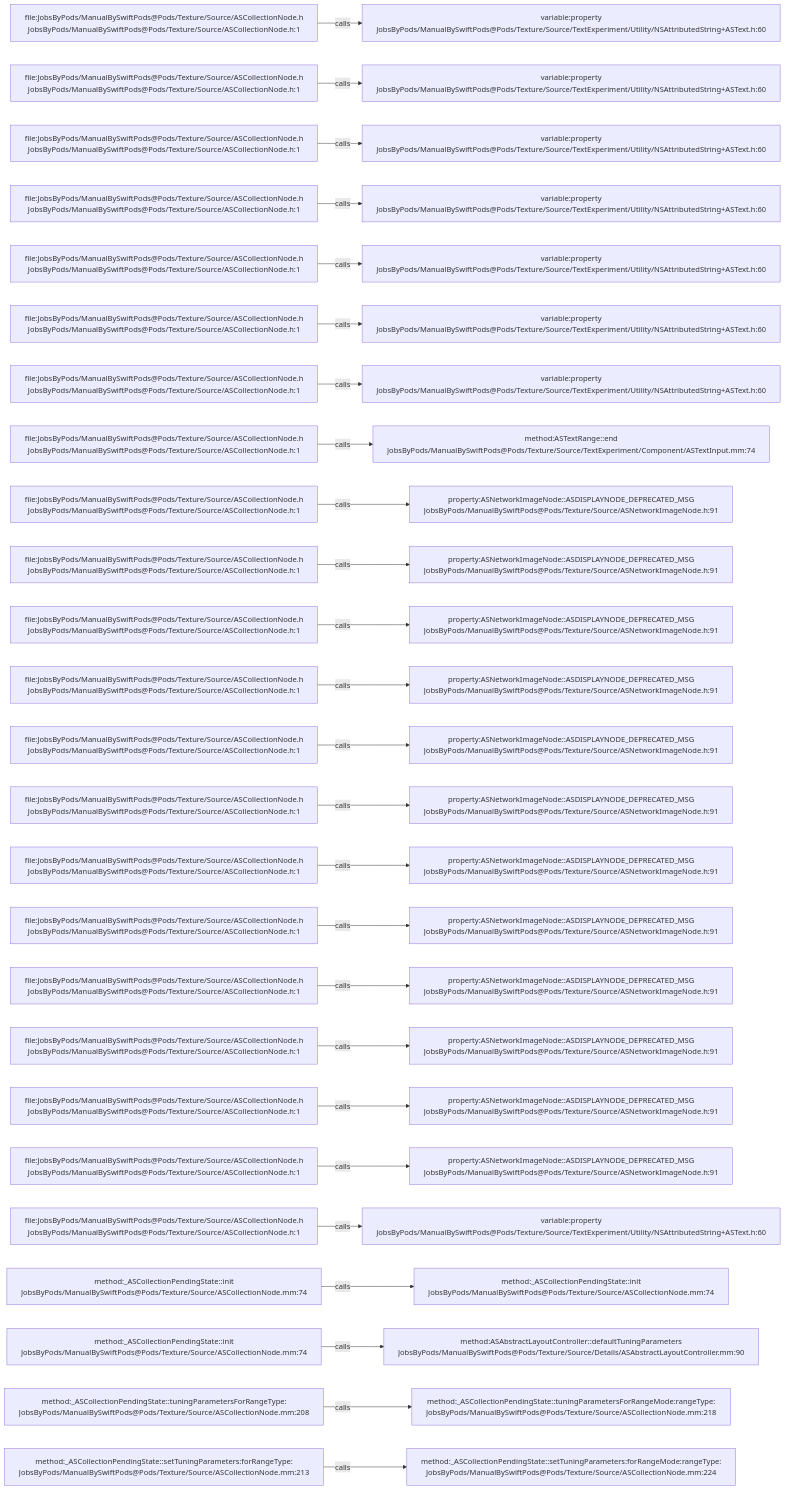
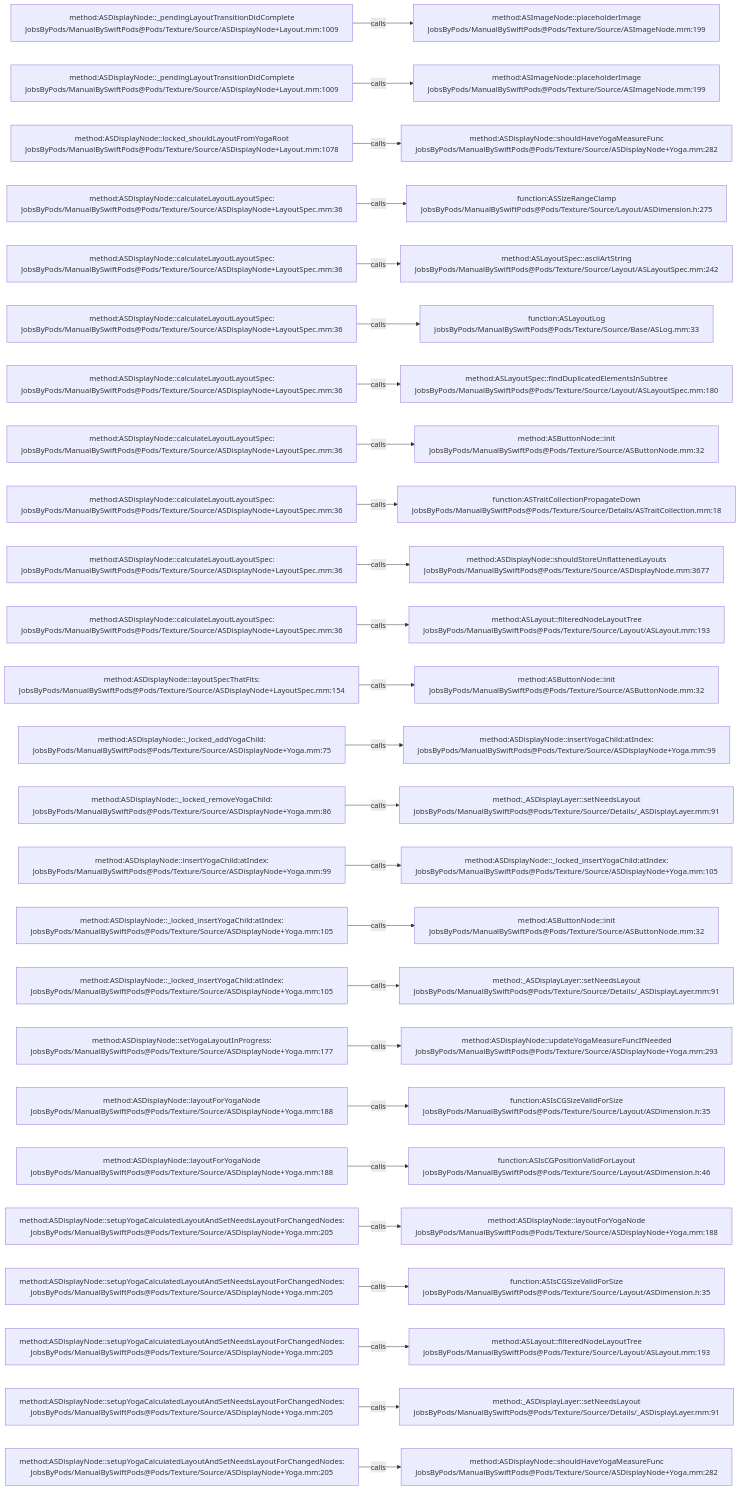
One commit to JobsKits/JobsSwiftBaseConfigDemo changed the diagram in .codegraph/codegraph.md/graphs/calls-025.md. Above: the diagram before and after it, drawn with Mermaid. The commit also changed 832 other files, not shown here.

````diff
--- a/.codegraph/codegraph.md/graphs/calls-025.md
+++ b/.codegraph/codegraph.md/graphs/calls-025.md
@@ -13,78 +13,78 @@
 ```mermaid
 flowchart LR
-  S1["file:JobsByPods/ManualBySwiftPods@Pods/Texture/Source/ASCollectionNode.h<br/>JobsByPods/ManualBySwiftPods@Pods/Texture/Source/ASCollectionNode.h:1"]
-  T1["variable:property<br/>JobsByPods/ManualBySwiftPods@Pods/Texture/Source/TextExperiment/Utility/NSAttributedString+ASText.h:60"]
+  S1["method:ASDisplayNode::_pendingLayoutTransitionDidComplete<br/>JobsByPods/ManualBySwiftPods@Pods/Texture/Source/ASDisplayNode+Layout.mm:1009"]
+  T1["method:ASImageNode::placeholderImage<br/>JobsByPods/ManualBySwiftPods@Pods/Texture/Source/ASImageNode.mm:199"]
   S1 -->|calls| T1
-  S2["file:JobsByPods/ManualBySwiftPods@Pods/Texture/Source/ASCollectionNode.h<br/>JobsByPods/ManualBySwiftPods@Pods/Texture/Source/ASCollectionNode.h:1"]
-  T2["variable:property<br/>JobsByPods/ManualBySwiftPods@Pods/Texture/Source/TextExperiment/Utility/NSAttributedString+ASText.h:60"]
+  S2["method:ASDisplayNode::_pendingLayoutTransitionDidComplete<br/>JobsByPods/ManualBySwiftPods@Pods/Texture/Source/ASDisplayNode+Layout.mm:1009"]
+  T2["method:ASImageNode::placeholderImage<br/>JobsByPods/ManualBySwiftPods@Pods/Texture/Source/ASImageNode.mm:199"]
   S2 -->|calls| T2
-  S3["file:JobsByPods/ManualBySwiftPods@Pods/Texture/Source/ASCollectionNode.h<br/>JobsByPods/ManualBySwiftPods@Pods/Texture/Source/ASCollectionNode.h:1"]
-  T3["variable:property<br/>JobsByPods/ManualBySwiftPods@Pods/Texture/Source/TextExperiment/Utility/NSAttributedString+ASText.h:60"]
+  S3["method:ASDisplayNode::locked_shouldLayoutFromYogaRoot<br/>JobsByPods/ManualBySwiftPods@Pods/Texture/Source/ASDisplayNode+Layout.mm:1078"]
+  T3["method:ASDisplayNode::shouldHaveYogaMeasureFunc<br/>JobsByPods/ManualBySwiftPods@Pods/Texture/Source/ASDisplayNode+Yoga.mm:282"]
   S3 -->|calls| T3
-  S4["file:JobsByPods/ManualBySwiftPods@Pods/Texture/Source/ASCollectionNode.h<br/>JobsByPods/ManualBySwiftPods@Pods/Texture/Source/ASCollectionNode.h:1"]
-  T4["variable:property<br/>JobsByPods/ManualBySwiftPods@Pods/Texture/Source/TextExperiment/Utility/NSAttributedString+ASText.h:60"]
+  S4["method:ASDisplayNode::calculateLayoutLayoutSpec:<br/>JobsByPods/ManualBySwiftPods@Pods/Texture/Source/ASDisplayNode+LayoutSpec.mm:36"]
+  T4["function:ASSizeRangeClamp<br/>JobsByPods/ManualBySwiftPods@Pods/Texture/Source/Layout/ASDimension.h:275"]
   S4 -->|calls| T4
-  S5["file:JobsByPods/ManualBySwiftPods@Pods/Texture/Source/ASCollectionNode.h<br/>JobsByPods/ManualBySwiftPods@Pods/Texture/Source/ASCollectionNode.h:1"]
-  T5["variable:property<br/>JobsByPods/ManualBySwiftPods@Pods/Texture/Source/TextExperiment/Utility/NSAttributedString+ASText.h:60"]
+  S5["method:ASDisplayNode::calculateLayoutLayoutSpec:<br/>JobsByPods/ManualBySwiftPods@Pods/Texture/Source/ASDisplayNode+LayoutSpec.mm:36"]
+  T5["method:ASLayoutSpec::asciiArtString<br/>JobsByPods/ManualBySwiftPods@Pods/Texture/Source/Layout/ASLayoutSpec.mm:242"]
   S5 -->|calls| T5
-  S6["file:JobsByPods/ManualBySwiftPods@Pods/Texture/Source/ASCollectionNode.h<br/>JobsByPods/ManualBySwiftPods@Pods/Texture/Source/ASCollectionNode.h:1"]
-  T6["variable:property<br/>JobsByPods/ManualBySwiftPods@Pods/Texture/Source/TextExperiment/Utility/NSAttributedString+ASText.h:60"]
+  S6["method:ASDisplayNode::calculateLayoutLayoutSpec:<br/>JobsByPods/ManualBySwiftPods@Pods/Texture/Source/ASDisplayNode+LayoutSpec.mm:36"]
+  T6["function:ASLayoutLog<br/>JobsByPods/ManualBySwiftPods@Pods/Texture/Source/Base/ASLog.mm:33"]
   S6 -->|calls| T6
-  S7["file:JobsByPods/ManualBySwiftPods@Pods/Texture/Source/ASCollectionNode.h<br/>JobsByPods/ManualBySwiftPods@Pods/Texture/Source/ASCollectionNode.h:1"]
-  T7["variable:property<br/>JobsByPods/ManualBySwiftPods@Pods/Texture/Source/TextExperiment/Utility/NSAttributedString+ASText.h:60"]
+  S7["method:ASDisplayNode::calculateLayoutLayoutSpec:<br/>JobsByPods/ManualBySwiftPods@Pods/Texture/Source/ASDisplayNode+LayoutSpec.mm:36"]
+  T7["method:ASLayoutSpec::findDuplicatedElementsInSubtree<br/>JobsByPods/ManualBySwiftPods@Pods/Texture/Source/Layout/ASLayoutSpec.mm:180"]
   S7 -->|calls| T7
-  S8["file:JobsByPods/ManualBySwiftPods@Pods/Texture/Source/ASCollectionNode.h<br/>JobsByPods/ManualBySwiftPods@Pods/Texture/Source/ASCollectionNode.h:1"]
-  T8["method:ASTextRange::end<br/>JobsByPods/ManualBySwiftPods@Pods/Texture/Source/TextExperiment/Component/ASTextInput.mm:74"]
+  S8["method:ASDisplayNode::calculateLayoutLayoutSpec:<br/>JobsByPods/ManualBySwiftPods@Pods/Texture/Source/ASDisplayNode+LayoutSpec.mm:36"]
+  T8["method:ASButtonNode::init<br/>JobsByPods/ManualBySwiftPods@Pods/Texture/Source/ASButtonNode.mm:32"]
   S8 -->|calls| T8
-  S9["file:JobsByPods/ManualBySwiftPods@Pods/Texture/Source/ASCollectionNode.h<br/>JobsByPods/ManualBySwiftPods@Pods/Texture/Source/ASCollectionNode.h:1"]
-  T9["property:ASNetworkImageNode::ASDISPLAYNODE_DEPRECATED_MSG<br/>JobsByPods/ManualBySwiftPods@Pods/Texture/Source/ASNetworkImageNode.h:91"]
+  S9["method:ASDisplayNode::calculateLayoutLayoutSpec:<br/>JobsByPods/ManualBySwiftPods@Pods/Texture/Source/ASDisplayNode+LayoutSpec.mm:36"]
+  T9["function:ASTraitCollectionPropagateDown<br/>JobsByPods/ManualBySwiftPods@Pods/Texture/Source/Details/ASTraitCollection.mm:18"]
   S9 -->|calls| T9
-  S10["file:JobsByPods/ManualBySwiftPods@Pods/Texture/Source/ASCollectionNode.h<br/>JobsByPods/ManualBySwiftPods@Pods/Texture/Source/ASCollectionNode.h:1"]
-  T10["property:ASNetworkImageNode::ASDISPLAYNODE_DEPRECATED_MSG<br/>JobsByPods/ManualBySwiftPods@Pods/Texture/Source/ASNetworkImageNode.h:91"]
+  S10["method:ASDisplayNode::calculateLayoutLayoutSpec:<br/>JobsByPods/ManualBySwiftPods@Pods/Texture/Source/ASDisplayNode+LayoutSpec.mm:36"]
+  T10["method:ASDisplayNode::shouldStoreUnflattenedLayouts<br/>JobsByPods/ManualBySwiftPods@Pods/Texture/Source/ASDisplayNode.mm:3677"]
   S10 -->|calls| T10
-  S11["file:JobsByPods/ManualBySwiftPods@Pods/Texture/Source/ASCollectionNode.h<br/>JobsByPods/ManualBySwiftPods@Pods/Texture/Source/ASCollectionNode.h:1"]
-  T11["property:ASNetworkImageNode::ASDISPLAYNODE_DEPRECATED_MSG<br/>JobsByPods/ManualBySwiftPods@Pods/Texture/Source/ASNetworkImageNode.h:91"]
+  S11["method:ASDisplayNode::calculateLayoutLayoutSpec:<br/>JobsByPods/ManualBySwiftPods@Pods/Texture/Source/ASDisplayNode+LayoutSpec.mm:36"]
+  T11["method:ASLayout::filteredNodeLayoutTree<br/>JobsByPods/ManualBySwiftPods@Pods/Texture/Source/Layout/ASLayout.mm:193"]
   S11 -->|calls| T11
-  S12["file:JobsByPods/ManualBySwiftPods@Pods/Texture/Source/ASCollectionNode.h<br/>JobsByPods/ManualBySwiftPods@Pods/Texture/Source/ASCollectionNode.h:1"]
-  T12["property:ASNetworkImageNode::ASDISPLAYNODE_DEPRECATED_MSG<br/>JobsByPods/ManualBySwiftPods@Pods/Texture/Source/ASNetworkImageNode.h:91"]
+  S12["method:ASDisplayNode::layoutSpecThatFits:<br/>JobsByPods/ManualBySwiftPods@Pods/Texture/Source/ASDisplayNode+LayoutSpec.mm:154"]
+  T12["method:ASButtonNode::init<br/>JobsByPods/ManualBySwiftPods@Pods/Texture/Source/ASButtonNode.mm:32"]
   S12 -->|calls| T12
-  S13["file:JobsByPods/ManualBySwiftPods@Pods/Texture/Source/ASCollectionNode.h<br/>JobsByPods/ManualBySwiftPods@Pods/Texture/Source/ASCollectionNode.h:1"]
-  T13["property:ASNetworkImageNode::ASDISPLAYNODE_DEPRECATED_MSG<br/>JobsByPods/ManualBySwiftPods@Pods/Texture/Source/ASNetworkImageNode.h:91"]
+  S13["method:ASDisplayNode::_locked_addYogaChild:<br/>JobsByPods/ManualBySwiftPods@Pods/Texture/Source/ASDisplayNode+Yoga.mm:75"]
+  T13["method:ASDisplayNode::insertYogaChild:atIndex:<br/>JobsByPods/ManualBySwiftPods@Pods/Texture/Source/ASDisplayNode+Yoga.mm:99"]
   S13 -->|calls| T13
-  S14["file:JobsByPods/ManualBySwiftPods@Pods/Texture/Source/ASCollectionNode.h<br/>JobsByPods/ManualBySwiftPods@Pods/Texture/Source/ASCollectionNode.h:1"]
-  T14["property:ASNetworkImageNode::ASDISPLAYNODE_DEPRECATED_MSG<br/>JobsByPods/ManualBySwiftPods@Pods/Texture/Source/ASNetworkImageNode.h:91"]
+  S14["method:ASDisplayNode::_locked_removeYogaChild:<br/>JobsByPods/ManualBySwiftPods@Pods/Texture/Source/ASDisplayNode+Yoga.mm:86"]
+  T14["method:_ASDisplayLayer::setNeedsLayout<br/>JobsByPods/ManualBySwiftPods@Pods/Texture/Source/Details/_ASDisplayLayer.mm:91"]
   S14 -->|calls| T14
-  S15["file:JobsByPods/ManualBySwiftPods@Pods/Texture/Source/ASCollectionNode.h<br/>JobsByPods/ManualBySwiftPods@Pods/Texture/Source/ASCollectionNode.h:1"]
-  T15["property:ASNetworkImageNode::ASDISPLAYNODE_DEPRECATED_MSG<br/>JobsByPods/ManualBySwiftPods@Pods/Texture/Source/ASNetworkImageNode.h:91"]
+  S15["method:ASDisplayNode::insertYogaChild:atIndex:<br/>JobsByPods/ManualBySwiftPods@Pods/Texture/Source/ASDisplayNode+Yoga.mm:99"]
+  T15["method:ASDisplayNode::_locked_insertYogaChild:atIndex:<br/>JobsByPods/ManualBySwiftPods@Pods/Texture/Source/ASDisplayNode+Yoga.mm:105"]
   S15 -->|calls| T15
-  S16["file:JobsByPods/ManualBySwiftPods@Pods/Texture/Source/ASCollectionNode.h<br/>JobsByPods/ManualBySwiftPods@Pods/Texture/Source/ASCollectionNode.h:1"]
-  T16["property:ASNetworkImageNode::ASDISPLAYNODE_DEPRECATED_MSG<br/>JobsByPods/ManualBySwiftPods@Pods/Texture/Source/ASNetworkImageNode.h:91"]
+  S16["method:ASDisplayNode::_locked_insertYogaChild:atIndex:<br/>JobsByPods/ManualBySwiftPods@Pods/Texture/Source/ASDisplayNode+Yoga.mm:105"]
+  T16["method:ASButtonNode::init<br/>JobsByPods/ManualBySwiftPods@Pods/Texture/Source/ASButtonNode.mm:32"]
   S16 -->|calls| T16
-  S17["file:JobsByPods/ManualBySwiftPods@Pods/Texture/Source/ASCollectionNode.h<br/>JobsByPods/ManualBySwiftPods@Pods/Texture/Source/ASCollectionNode.h:1"]
-  T17["property:ASNetworkImageNode::ASDISPLAYNODE_DEPRECATED_MSG<br/>JobsByPods/ManualBySwiftPods@Pods/Texture/Source/ASNetworkImageNode.h:91"]
+  S17["method:ASDisplayNode::_locked_insertYogaChild:atIndex:<br/>JobsByPods/ManualBySwiftPods@Pods/Texture/Source/ASDisplayNode+Yoga.mm:105"]
+  T17["method:_ASDisplayLayer::setNeedsLayout<br/>JobsByPods/ManualBySwiftPods@Pods/Texture/Source/Details/_ASDisplayLayer.mm:91"]
   S17 -->|calls| T17
-  S18["file:JobsByPods/ManualBySwiftPods@Pods/Texture/Source/ASCollectionNode.h<br/>JobsByPods/ManualBySwiftPods@Pods/Texture/Source/ASCollectionNode.h:1"]
-  T18["property:ASNetworkImageNode::ASDISPLAYNODE_DEPRECATED_MSG<br/>JobsByPods/ManualBySwiftPods@Pods/Texture/Source/ASNetworkImageNode.h:91"]
+  S18["method:ASDisplayNode::setYogaLayoutInProgress:<br/>JobsByPods/ManualBySwiftPods@Pods/Texture/Source/ASDisplayNode+Yoga.mm:177"]
+  T18["method:ASDisplayNode::updateYogaMeasureFuncIfNeeded<br/>JobsByPods/ManualBySwiftPods@Pods/Texture/Source/ASDisplayNode+Yoga.mm:293"]
   S18 -->|calls| T18
-  S19["file:JobsByPods/ManualBySwiftPods@Pods/Texture/Source/ASCollectionNode.h<br/>JobsByPods/ManualBySwiftPods@Pods/Texture/Source/ASCollectionNode.h:1"]
-  T19["property:ASNetworkImageNode::ASDISPLAYNODE_DEPRECATED_MSG<br/>JobsByPods/ManualBySwiftPods@Pods/Texture/Source/ASNetworkImageNode.h:91"]
+  S19["method:ASDisplayNode::layoutForYogaNode<br/>JobsByPods/ManualBySwiftPods@Pods/Texture/Source/ASDisplayNode+Yoga.mm:188"]
+  T19["function:ASIsCGSizeValidForSize<br/>JobsByPods/ManualBySwiftPods@Pods/Texture/Source/Layout/ASDimension.h:35"]
   S19 -->|calls| T19
-  S20["file:JobsByPods/ManualBySwiftPods@Pods/Texture/Source/ASCollectionNode.h<br/>JobsByPods/ManualBySwiftPods@Pods/Texture/Source/ASCollectionNode.h:1"]
-  T20["property:ASNetworkImageNode::ASDISPLAYNODE_DEPRECATED_MSG<br/>JobsByPods/ManualBySwiftPods@Pods/Texture/Source/ASNetworkImageNode.h:91"]
+  S20["method:ASDisplayNode::layoutForYogaNode<br/>JobsByPods/ManualBySwiftPods@Pods/Texture/Source/ASDisplayNode+Yoga.mm:188"]
+  T20["function:ASIsCGPositionValidForLayout<br/>JobsByPods/ManualBySwiftPods@Pods/Texture/Source/Layout/ASDimension.h:46"]
   S20 -->|calls| T20
-  S21["file:JobsByPods/ManualBySwiftPods@Pods/Texture/Source/ASCollectionNode.h<br/>JobsByPods/ManualBySwiftPods@Pods/Texture/Source/ASCollectionNode.h:1"]
-  T21["variable:property<br/>JobsByPods/ManualBySwiftPods@Pods/Texture/Source/TextExperiment/Utility/NSAttributedString+ASText.h:60"]
+  S21["method:ASDisplayNode::setupYogaCalculatedLayoutAndSetNeedsLayoutForChangedNodes:<br/>JobsByPods/ManualBySwiftPods@Pods/Texture/Source/ASDisplayNode+Yoga.mm:205"]
+  T21["method:ASDisplayNode::layoutForYogaNode<br/>JobsByPods/ManualBySwiftPods@Pods/Texture/Source/ASDisplayNode+Yoga.mm:188"]
   S21 -->|calls| T21
-  S22["method:_ASCollectionPendingState::init<br/>JobsByPods/ManualBySwiftPods@Pods/Texture/Source/ASCollectionNode.mm:74"]
-  T22["method:_ASCollectionPendingState::init<br/>JobsByPods/ManualBySwiftPods@Pods/Texture/Source/ASCollectionNode.mm:74"]
+  S22["method:ASDisplayNode::setupYogaCalculatedLayoutAndSetNeedsLayoutForChangedNodes:<br/>JobsByPods/ManualBySwiftPods@Pods/Texture/Source/ASDisplayNode+Yoga.mm:205"]
+  T22["function:ASIsCGSizeValidForSize<br/>JobsByPods/ManualBySwiftPods@Pods/Texture/Source/Layout/ASDimension.h:35"]
   S22 -->|calls| T22
-  S23["method:_ASCollectionPendingState::init<br/>JobsByPods/ManualBySwiftPods@Pods/Texture/Source/ASCollectionNode.mm:74"]
-  T23["method:ASAbstractLayoutController::defaultTuningParameters<br/>JobsByPods/ManualBySwiftPods@Pods/Texture/Source/Details/ASAbstractLayoutController.mm:90"]
+  S23["method:ASDisplayNode::setupYogaCalculatedLayoutAndSetNeedsLayoutForChangedNodes:<br/>JobsByPods/ManualBySwiftPods@Pods/Texture/Source/ASDisplayNode+Yoga.mm:205"]
+  T23["method:ASLayout::filteredNodeLayoutTree<br/>JobsByPods/ManualBySwiftPods@Pods/Texture/Source/Layout/ASLayout.mm:193"]
   S23 -->|calls| T23
-  S24["method:_ASCollectionPendingState::tuningParametersForRangeType:<br/>JobsByPods/ManualBySwiftPods@Pods/Texture/Source/ASCollectionNode.mm:208"]
-  T24["method:_ASCollectionPendingState::tuningParametersForRangeMode:rangeType:<br/>JobsByPods/ManualBySwiftPods@Pods/Texture/Source/ASCollectionNode.mm:218"]
+  S24["method:ASDisplayNode::setupYogaCalculatedLayoutAndSetNeedsLayoutForChangedNodes:<br/>JobsByPods/ManualBySwiftPods@Pods/Texture/Source/ASDisplayNode+Yoga.mm:205"]
+  T24["method:_ASDisplayLayer::setNeedsLayout<br/>JobsByPods/ManualBySwiftPods@Pods/Texture/Source/Details/_ASDisplayLayer.mm:91"]
   S24 -->|calls| T24
-  S25["method:_ASCollectionPendingState::setTuningParameters:forRangeType:<br/>JobsByPods/ManualBySwiftPods@Pods/Texture/Source/ASCollectionNode.mm:213"]
-  T25["method:_ASCollectionPendingState::setTuningParameters:forRangeMode:rangeType:<br/>JobsByPods/ManualBySwiftPods@Pods/Texture/Source/ASCollectionNode.mm:224"]
+  S25["method:ASDisplayNode::setupYogaCalculatedLayoutAndSetNeedsLayoutForChangedNodes:<br/>JobsByPods/ManualBySwiftPods@Pods/Texture/Source/ASDisplayNode+Yoga.mm:205"]
+  T25["method:ASDisplayNode::shouldHaveYogaMeasureFunc<br/>JobsByPods/ManualBySwiftPods@Pods/Texture/Source/ASDisplayNode+Yoga.mm:282"]
   S25 -->|calls| T25
 ```
````
